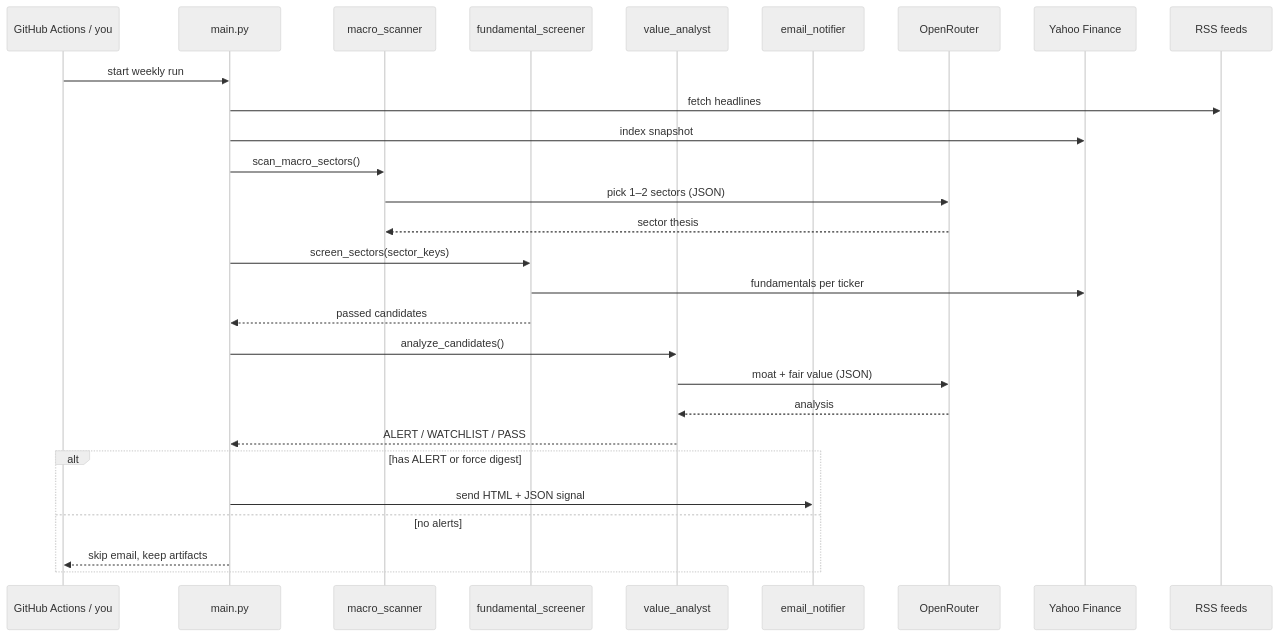
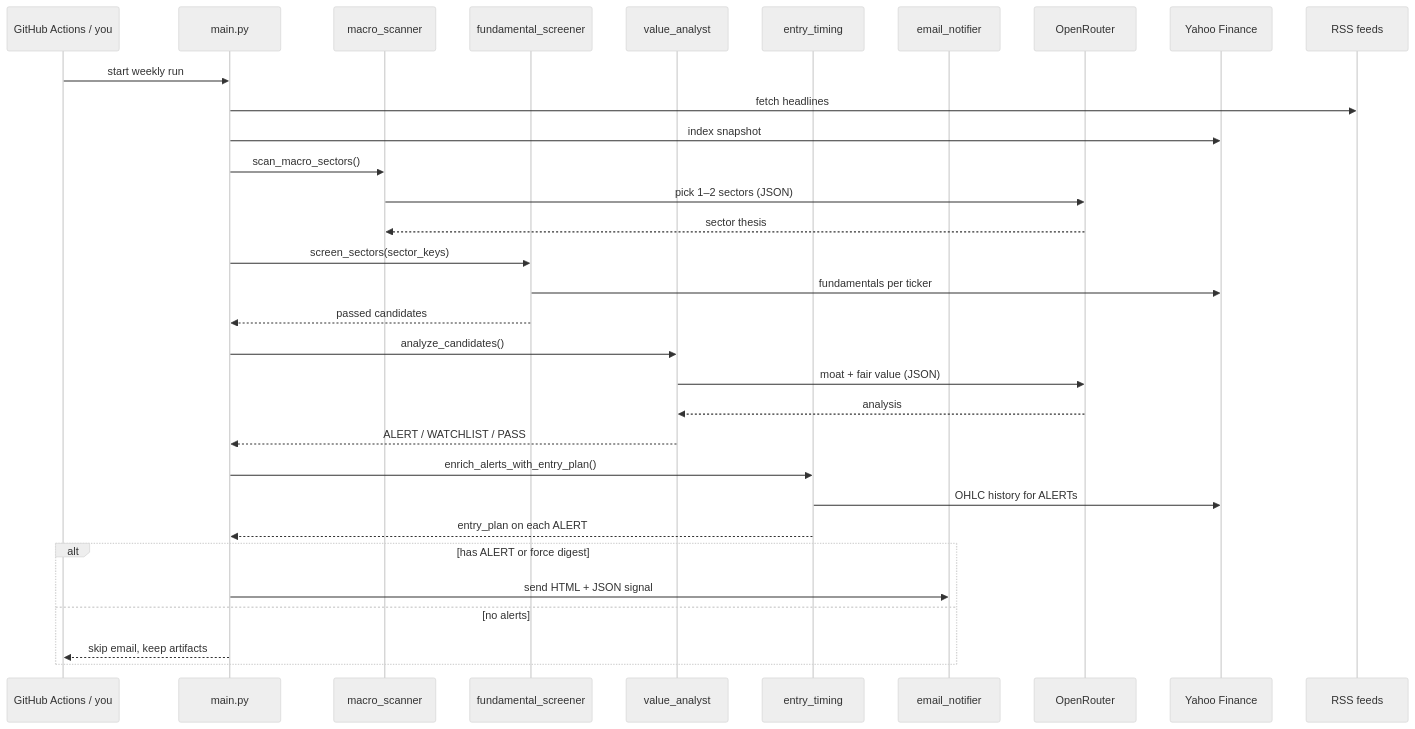
Before and after one commit to codershubham/InvestingTip: the second of 2 diagrams in ARCHITECTURE.md, drawn with Mermaid (neutral theme). The commit also changed other lines of this file and 8 other files, not shown here.

````diff
--- a/ARCHITECTURE.md
+++ b/ARCHITECTURE.md
@@ -110,31 +125,35 @@
 ```mermaid
 sequenceDiagram
     participant GA as GitHub Actions / you
     participant Main as main.py
     participant Macro as macro_scanner
     participant Screen as fundamental_screener
     participant Analyst as value_analyst
+    participant Entry as entry_timing
     participant Mail as email_notifier
     participant OR as OpenRouter
     participant YF as Yahoo Finance
     participant News as RSS feeds
 
     GA->>Main: start weekly run
     Main->>News: fetch headlines
     Main->>YF: index snapshot
     Main->>Macro: scan_macro_sectors()
     Macro->>OR: pick 1–2 sectors (JSON)
     OR-->>Macro: sector thesis
     Main->>Screen: screen_sectors(sector_keys)
     Screen->>YF: fundamentals per ticker
     Screen-->>Main: passed candidates
     Main->>Analyst: analyze_candidates()
     Analyst->>OR: moat + fair value (JSON)
     OR-->>Analyst: analysis
     Analyst-->>Main: ALERT / WATCHLIST / PASS
+    Main->>Entry: enrich_alerts_with_entry_plan()
+    Entry->>YF: OHLC history for ALERTs
+    Entry-->>Main: entry_plan on each ALERT
     alt has ALERT or force digest
         Main->>Mail: send HTML + JSON signal
     else no alerts
         Main-->>GA: skip email, keep artifacts
     end
 ```
````
